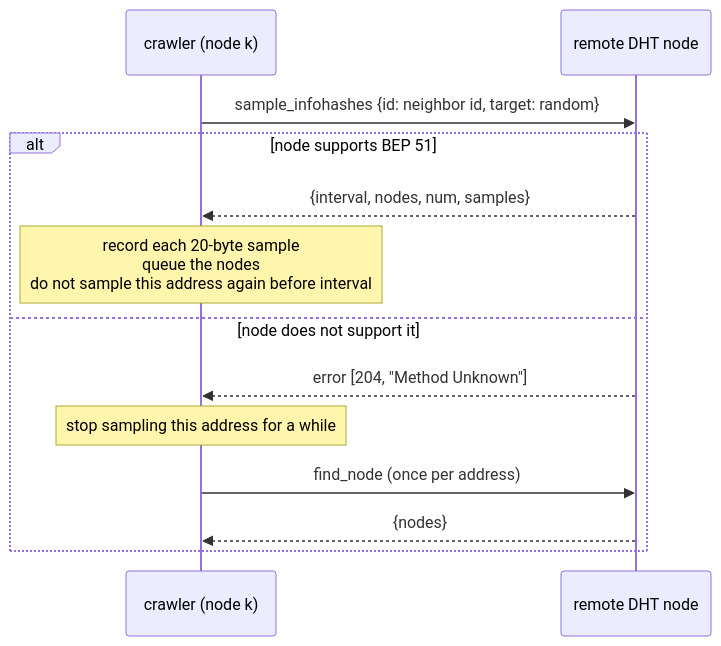
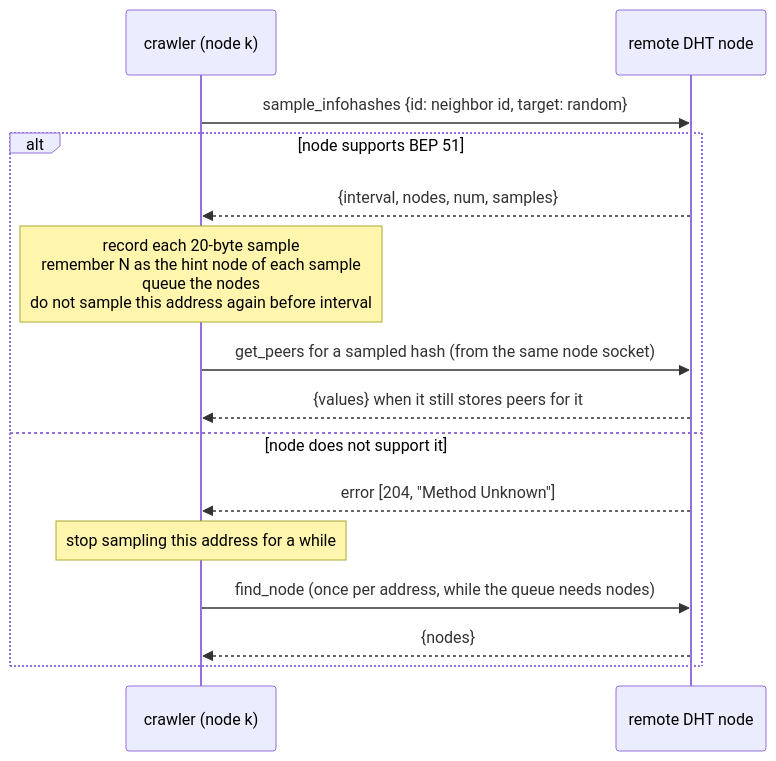
One commit to J4GL/LIF changed the third of 7 diagrams in README.md. Above: the diagram before and after it, drawn with Mermaid. The commit also changed other lines of this file and 32 other files, not shown here.

````diff
--- a/README.md
+++ b/README.md
@@ -170,15 +190,17 @@
 ```mermaid
 sequenceDiagram
     participant C as crawler (node k)
     participant N as remote DHT node
     C->>N: sample_infohashes {id: neighbor id, target: random}
     alt node supports BEP 51
         N-->>C: {interval, nodes, num, samples}
-        Note over C: record each 20-byte sample<br/>queue the nodes<br/>do not sample this address again before interval
+        Note over C: record each 20-byte sample<br/>remember N as the hint node of each sample<br/>queue the nodes<br/>do not sample this address again before interval
+        C->>N: get_peers for a sampled hash (from the same node socket)
+        N-->>C: {values} when it still stores peers for it
     else node does not support it
         N-->>C: error [204, "Method Unknown"]
         Note over C: stop sampling this address for a while
-        C->>N: find_node (once per address)
+        C->>N: find_node (once per address, while the queue needs nodes)
         N-->>C: {nodes}
     end
 ```
````
